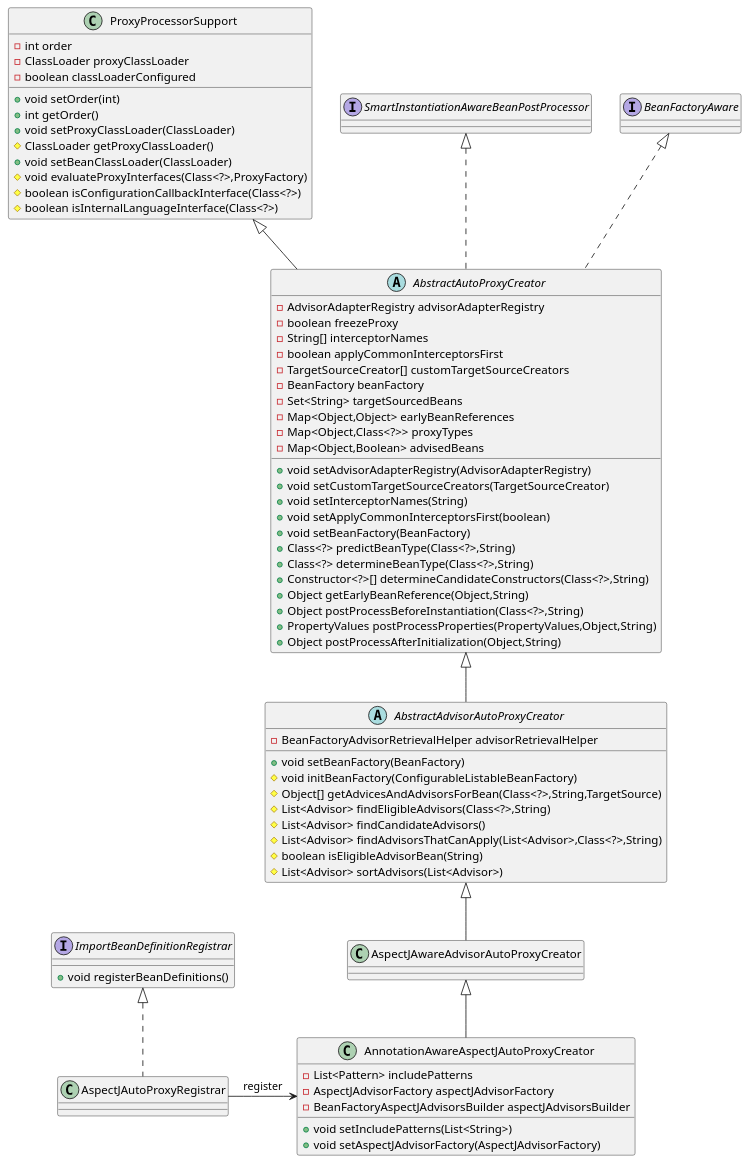
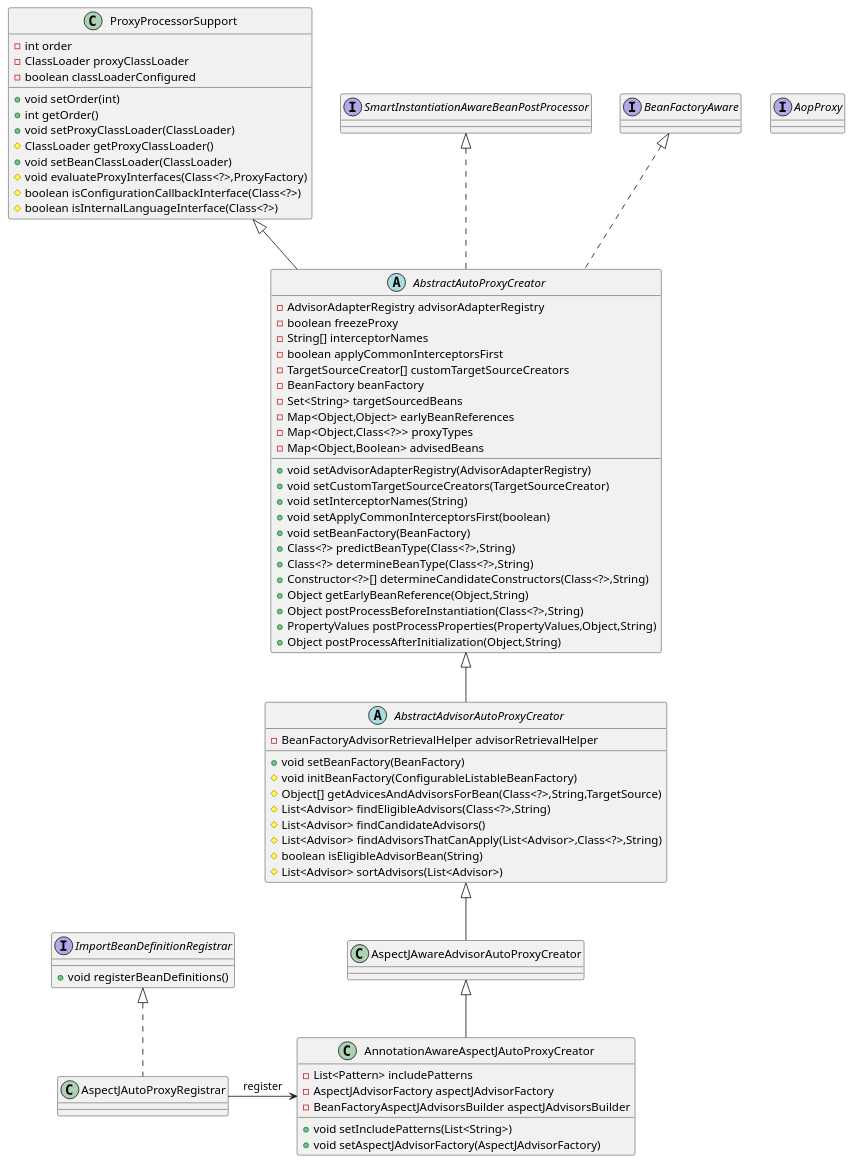
One commit to kevinwang930/kevinwang930.github.io changed the first of 3 diagrams in content/post/java/spring/aop.md. Above: the diagram before and after it, drawn with PlantUML. The commit also changed other lines of this file, not shown here.

````diff
--- a/content/post/java/spring/aop.md
+++ b/content/post/java/spring/aop.md
@@ -71,81 +47,83 @@
 ```plantuml
 interface ImportBeanDefinitionRegistrar {
 + void registerBeanDefinitions()
 }
 
 class AspectJAutoProxyRegistrar implements ImportBeanDefinitionRegistrar {
 }
 
 
 class AnnotationAwareAspectJAutoProxyCreator extends AspectJAwareAdvisorAutoProxyCreator{
 - List<Pattern> includePatterns
 - AspectJAdvisorFactory aspectJAdvisorFactory
 - BeanFactoryAspectJAdvisorsBuilder aspectJAdvisorsBuilder
 + void setIncludePatterns(List<String>)
 + void setAspectJAdvisorFactory(AspectJAdvisorFactory)
 
 }
 
 class AspectJAwareAdvisorAutoProxyCreator extends AbstractAdvisorAutoProxyCreator {
 }
 
 
 abstract class AbstractAdvisorAutoProxyCreator extends AbstractAutoProxyCreator {
 - BeanFactoryAdvisorRetrievalHelper advisorRetrievalHelper
 + void setBeanFactory(BeanFactory)
 # void initBeanFactory(ConfigurableListableBeanFactory)
 # Object[] getAdvicesAndAdvisorsForBean(Class<?>,String,TargetSource)
 # List<Advisor> findEligibleAdvisors(Class<?>,String)
 # List<Advisor> findCandidateAdvisors()
 # List<Advisor> findAdvisorsThatCanApply(List<Advisor>,Class<?>,String)
 # boolean isEligibleAdvisorBean(String)
 # List<Advisor> sortAdvisors(List<Advisor>)
 
 }
 
 
 abstract class AbstractAutoProxyCreator extends ProxyProcessorSupport implements SmartInstantiationAwareBeanPostProcessor, BeanFactoryAware {
 
 - AdvisorAdapterRegistry advisorAdapterRegistry
 - boolean freezeProxy
 - String[] interceptorNames
 - boolean applyCommonInterceptorsFirst
 - TargetSourceCreator[] customTargetSourceCreators
 - BeanFactory beanFactory
 - Set<String> targetSourcedBeans
 - Map<Object,Object> earlyBeanReferences
 - Map<Object,Class<?>> proxyTypes
 - Map<Object,Boolean> advisedBeans
 
 + void setAdvisorAdapterRegistry(AdvisorAdapterRegistry)
 + void setCustomTargetSourceCreators(TargetSourceCreator)
 + void setInterceptorNames(String)
 + void setApplyCommonInterceptorsFirst(boolean)
 + void setBeanFactory(BeanFactory)
 + Class<?> predictBeanType(Class<?>,String)
 + Class<?> determineBeanType(Class<?>,String)
 + Constructor<?>[] determineCandidateConstructors(Class<?>,String)
 + Object getEarlyBeanReference(Object,String)
 + Object postProcessBeforeInstantiation(Class<?>,String)
 + PropertyValues postProcessProperties(PropertyValues,Object,String)
 + Object postProcessAfterInitialization(Object,String)
 
 }
 
 class ProxyProcessorSupport {
 - int order
 - ClassLoader proxyClassLoader
 - boolean classLoaderConfigured
 + void setOrder(int)
 + int getOrder()
 + void setProxyClassLoader(ClassLoader)
 # ClassLoader getProxyClassLoader()
 + void setBeanClassLoader(ClassLoader)
 # void evaluateProxyInterfaces(Class<?>,ProxyFactory)
 # boolean isConfigurationCallbackInterface(Class<?>)
 # boolean isInternalLanguageInterface(Class<?>)
 }
 
+interface AopProxy
+
 AspectJAutoProxyRegistrar  -right-> AnnotationAwareAspectJAutoProxyCreator:register
 
 ```
````
